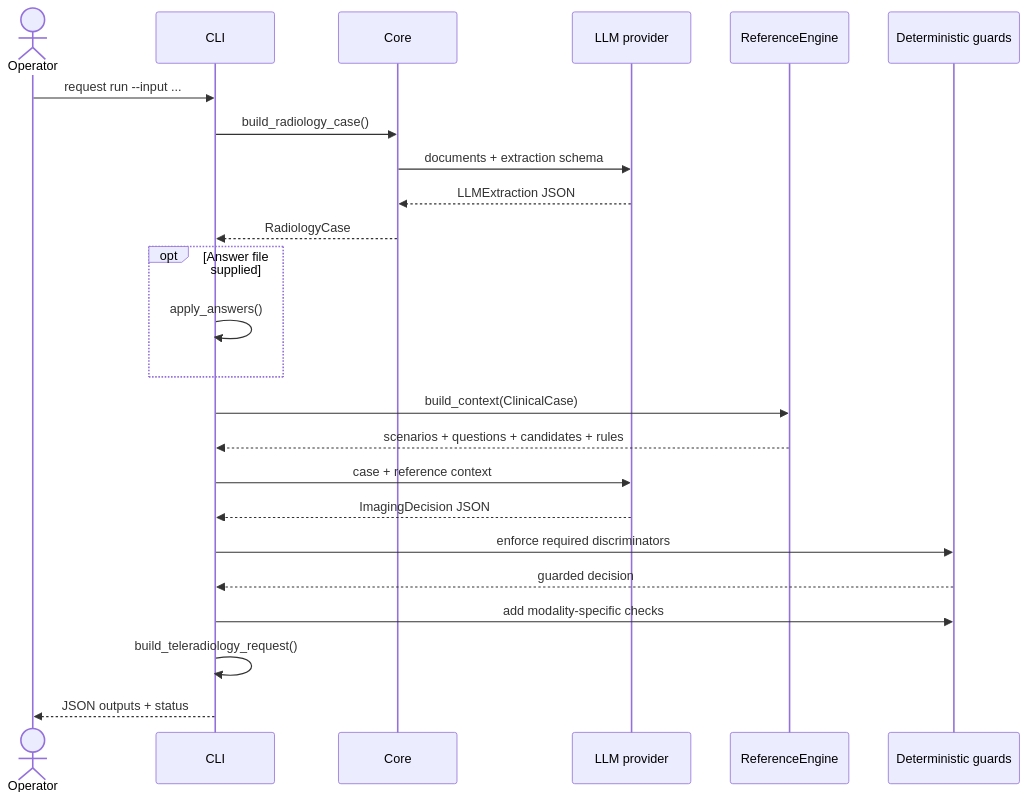
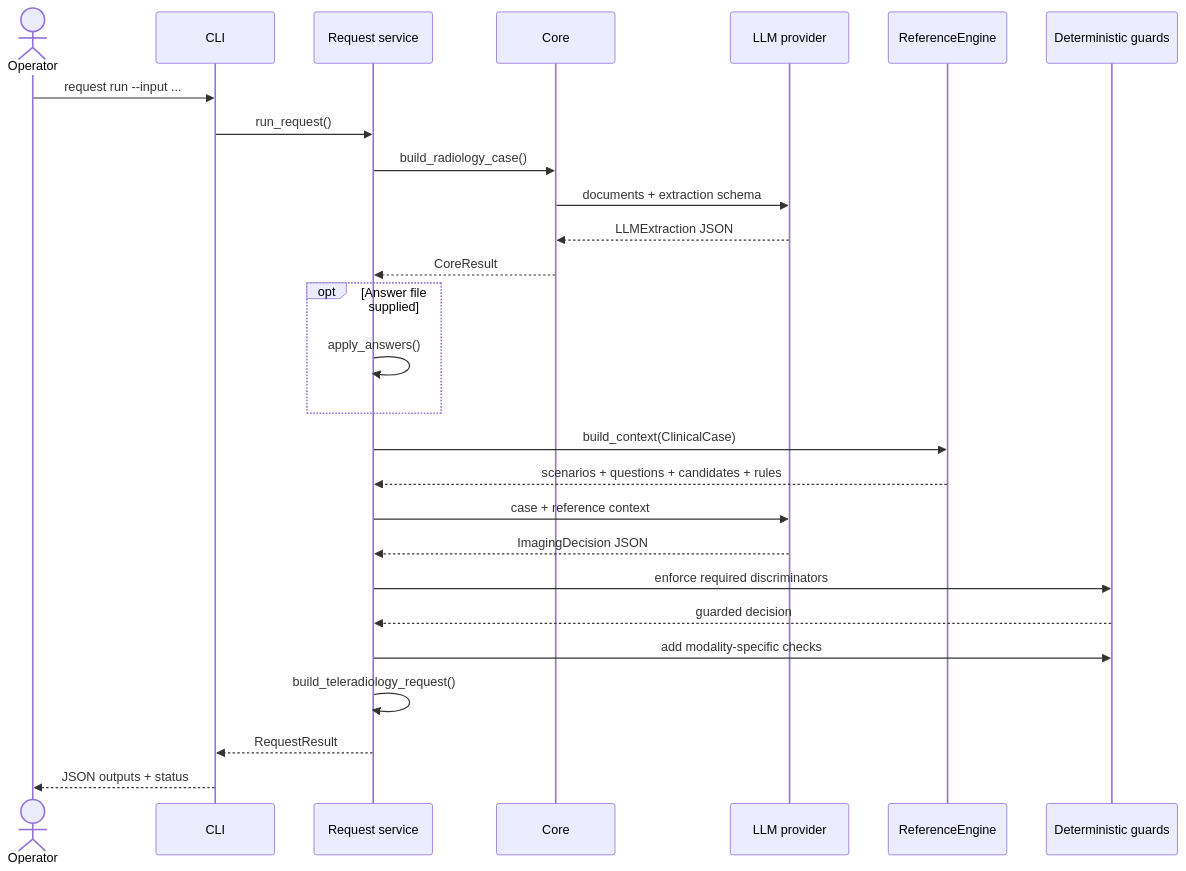
One commit to Thibescobar/bulkinout changed the second of 2 diagrams in docs/architecture.md. Above: the diagram before and after it, drawn with Mermaid. The commit also changed other lines of this file and 45 other files, not shown here.

````diff
--- a/docs/architecture.md
+++ b/docs/architecture.md
@@ -79,27 +79,30 @@
 ```mermaid
 sequenceDiagram
     actor Operator
     participant CLI
+    participant Service as Request service
     participant Core
     participant Model as LLM provider
     participant Ref as ReferenceEngine
     participant Guard as Deterministic guards
 
     Operator->>CLI: request run --input ...
-    CLI->>Core: build_radiology_case()
+    CLI->>Service: run_request()
+    Service->>Core: build_radiology_case()
     Core->>Model: documents + extraction schema
     Model-->>Core: LLMExtraction JSON
-    Core-->>CLI: RadiologyCase
+    Core-->>Service: CoreResult
     opt Answer file supplied
-        CLI->>CLI: apply_answers()
+        Service->>Service: apply_answers()
     end
-    CLI->>Ref: build_context(ClinicalCase)
-    Ref-->>CLI: scenarios + questions + candidates + rules
-    CLI->>Model: case + reference context
-    Model-->>CLI: ImagingDecision JSON
-    CLI->>Guard: enforce required discriminators
-    Guard-->>CLI: guarded decision
-    CLI->>Guard: add modality-specific checks
-    CLI->>CLI: build_teleradiology_request()
+    Service->>Ref: build_context(ClinicalCase)
+    Ref-->>Service: scenarios + questions + candidates + rules
+    Service->>Model: case + reference context
+    Model-->>Service: ImagingDecision JSON
+    Service->>Guard: enforce required discriminators
+    Guard-->>Service: guarded decision
+    Service->>Guard: add modality-specific checks
+    Service->>Service: build_teleradiology_request()
+    Service-->>CLI: RequestResult
     CLI-->>Operator: JSON outputs + status
 ```
````
